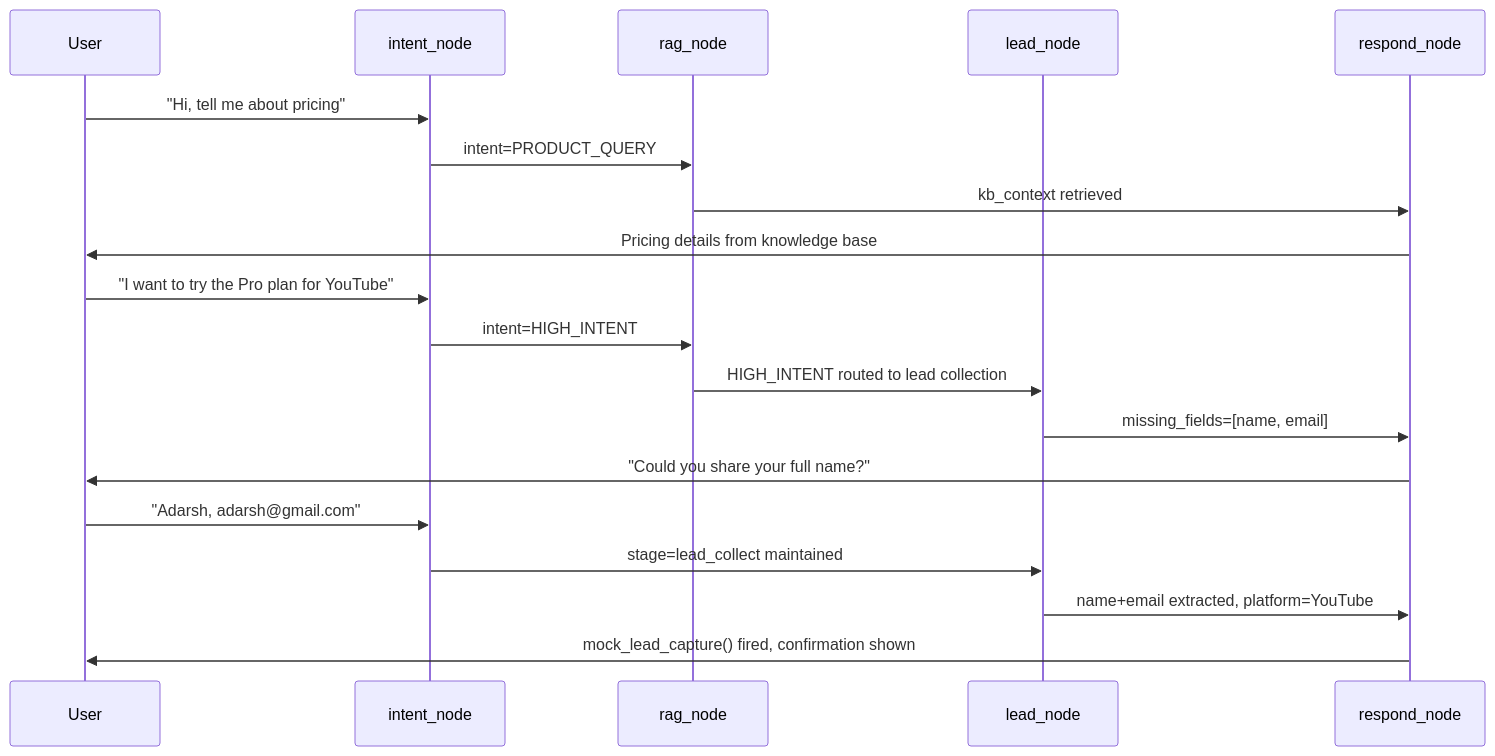
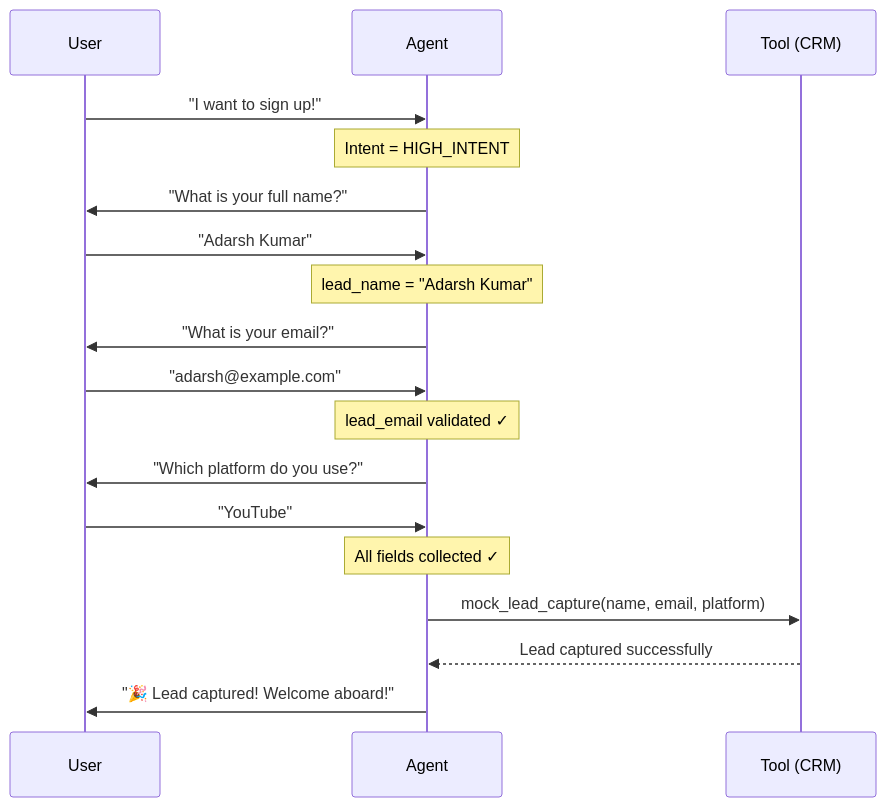
The second of 4 diagrams in README.md (adarshcod30/Inflx), drawn with Mermaid before and after one commit. The commit also changed other lines of this file and 14 other files, not shown here.

First line of the commit message:
feat: production-grade 6-node LangGraph agent with RAG, lead qualification, and tool gating

````diff
--- a/README.md
+++ b/README.md
@@ -89,24 +153,21 @@
 ```mermaid
 sequenceDiagram
     participant U as User
-    participant I as intent_node
-    participant R as rag_node
-    participant L as lead_node
-    participant Re as respond_node
+    participant A as Agent
+    participant T as Tool (CRM)
 
-    U->>I: "Hi, tell me about pricing"
-    I->>R: intent=PRODUCT_QUERY
-    R->>Re: kb_context retrieved
-    Re->>U: Pricing details from knowledge base
-
-    U->>I: "I want to try the Pro plan for YouTube"
-    I->>R: intent=HIGH_INTENT
-    R->>L: HIGH_INTENT routed to lead collection
-    L->>Re: missing_fields=[name, email]
-    Re->>U: "Could you share your full name?"
-
-    U->>I: "Adarsh, adarsh@gmail.com"
-    I->>L: stage=lead_collect maintained
-    L->>Re: name+email extracted, platform=YouTube
-    Re->>U: mock_lead_capture() fired, confirmation shown
+    U->>A: "I want to sign up!"
+    Note over A: Intent = HIGH_INTENT
+    A->>U: "What is your full name?"
+    U->>A: "Adarsh Kumar"
+    Note over A: lead_name = "Adarsh Kumar"
+    A->>U: "What is your email?"
+    U->>A: "adarsh@example.com"
+    Note over A: lead_email validated ✓
+    A->>U: "Which platform do you use?"
+    U->>A: "YouTube"
+    Note over A: All fields collected ✓
+    A->>T: mock_lead_capture(name, email, platform)
+    T-->>A: Lead captured successfully
+    A->>U: "🎉 Lead captured! Welcome aboard!"
 ```
````
